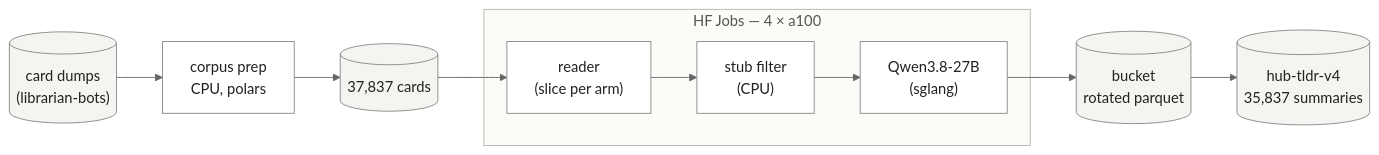
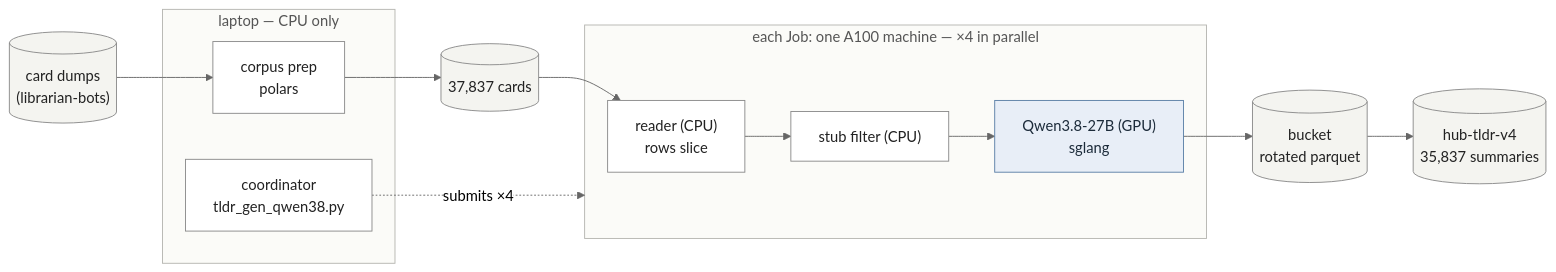
The diagram in posts/2026/distilling-qwen38-datatrove-jobs/index.qmd (davanstrien/blog), drawn with Mermaid before and after one commit.

Commit message:
Clarify pipeline diagram: CPU vs GPU per step, x4 Job fan-out, control vs data flow
Claude-Session: https://claude.ai/code/session_01V4GvywqmtZmzZUihDCipi7

````diff
--- a/posts/2026/distilling-qwen38-datatrove-jobs/index.qmd
+++ b/posts/2026/distilling-qwen38-datatrove-jobs/index.qmd
@@ -27,17 +27,25 @@
 ```{mermaid}
 %%{init: {"theme": "neutral", "themeVariables": {"fontFamily": "sans-serif"}}}%%
 flowchart LR
-    dumps[("card dumps<br/>(librarian-bots)")] --> prep["corpus prep<br/>CPU, polars"]
+    subgraph laptop["laptop — CPU only"]
+        prep["corpus prep<br/>polars"]
+        coord["coordinator<br/>tldr_gen_qwen38.py"]
+    end
+    dumps[("card dumps<br/>(librarian-bots)")] --> prep
     prep --> corpus[("37,837 cards")]
-    subgraph jobs["HF Jobs — 4 × a100"]
-        reader["reader<br/>(slice per arm)"] --> filter["stub filter<br/>(CPU)"]
-        filter --> teacher["Qwen3.8-27B<br/>(sglang)"]
+    subgraph arm["each Job: one A100 machine — ×4 in parallel"]
+        reader["reader (CPU)<br/>rows slice"] --> filter["stub filter (CPU)"]
+        filter --> teacher["Qwen3.8-27B (GPU)<br/>sglang"]
     end
+    coord -. "submits ×4" .-> arm
     corpus --> reader
     teacher --> bucket[("bucket<br/>rotated parquet")]
     bucket --> ds[("hub-tldr-v4<br/>35,837 summaries")]
     classDef default fill:#ffffff,stroke:#8a8a8a,color:#222222;
     classDef store fill:#f4f4f0,stroke:#8a8a8a,color:#222222;
+    classDef gpu fill:#e8eef7,stroke:#5b7fa6,color:#1c2b3a;
     class dumps,corpus,bucket,ds store;
-    style jobs fill:#fbfbf8,stroke:#b5b5b0,color:#555555;
+    class teacher gpu;
+    style laptop fill:#fbfbf8,stroke:#b5b5b0,color:#555555;
+    style arm fill:#fbfbf8,stroke:#b5b5b0,color:#555555;
 ```
````
